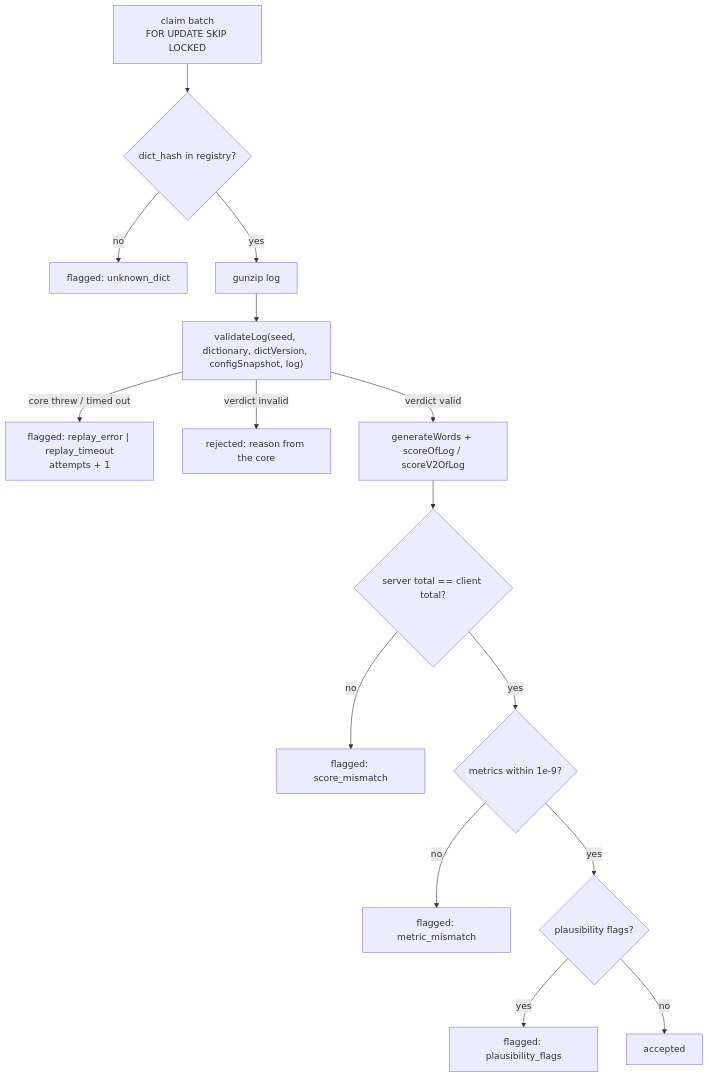
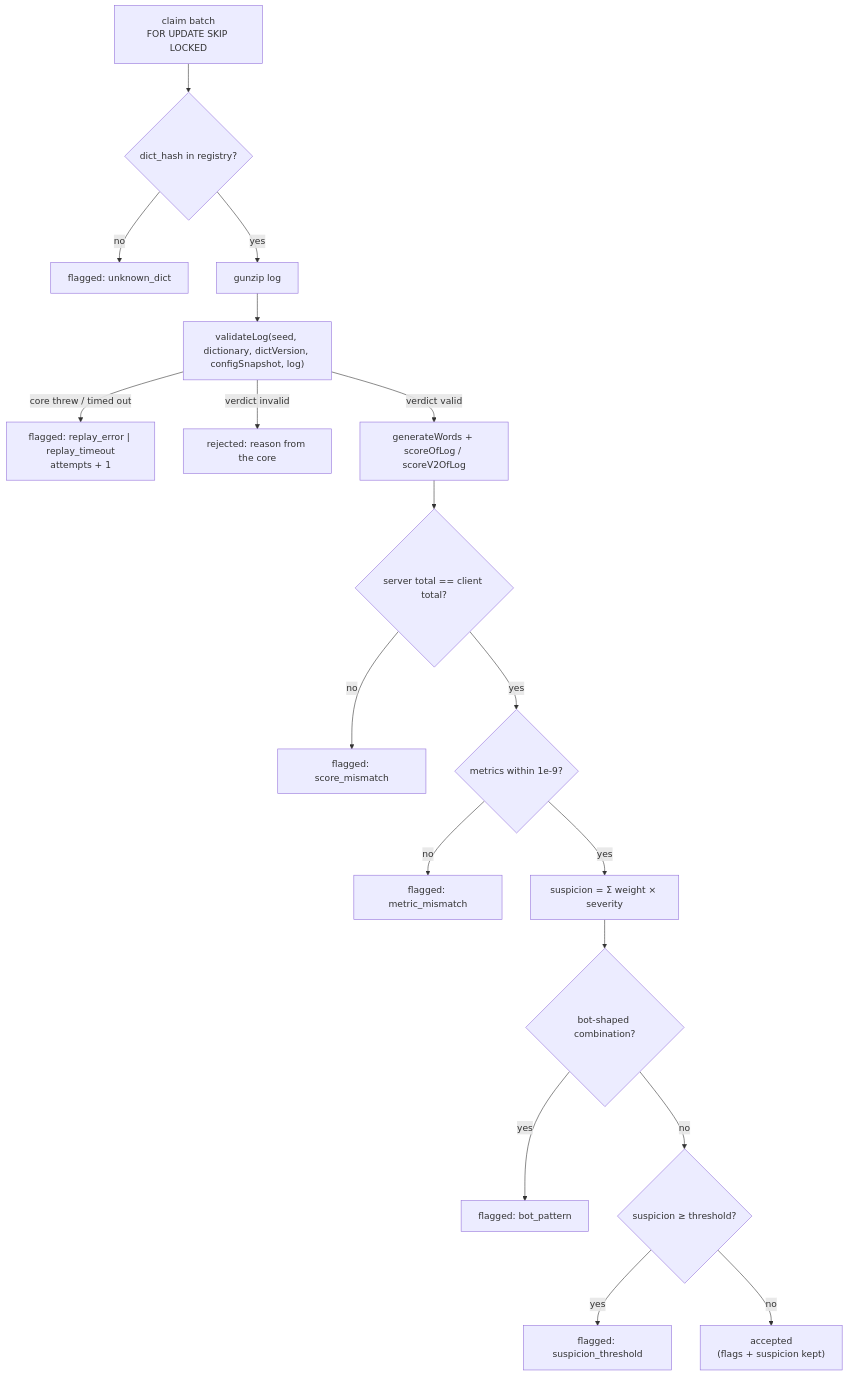
Before and after one commit to Eg0r0k/TypeMore_back: the diagram in docs/REPLAY.md, drawn with Mermaid. The commit also changed other lines of this file and 24 other files, not shown here.

````diff
--- a/docs/REPLAY.md
+++ b/docs/REPLAY.md
@@ -16,17 +16,20 @@
 ```mermaid
 flowchart TD
   A["claim batch<br/>FOR UPDATE SKIP LOCKED"] --> B{"dict_hash in registry?"}
   B -- no --> F1["flagged: unknown_dict"]
   B -- yes --> C["gunzip log"]
   C --> D["validateLog(seed, dictionary, dictVersion, configSnapshot, log)"]
   D -- "core threw / timed out" --> F2["flagged: replay_error | replay_timeout<br/>attempts + 1"]
   D -- "verdict invalid" --> R["rejected: reason from the core"]
   D -- "verdict valid" --> E["generateWords + scoreOfLog / scoreV2OfLog"]
   E --> G{"server total == client total?"}
   G -- no --> F3["flagged: score_mismatch"]
   G -- yes --> H{"metrics within 1e-9?"}
   H -- no --> F4["flagged: metric_mismatch"]
-  H -- yes --> I{"plausibility flags?"}
-  I -- yes --> F5["flagged: plausibility_flags"]
-  I -- no --> J["accepted"]
+  H -- yes --> P["suspicion = Σ weight × severity"]
+  P --> I{"bot-shaped combination?"}
+  I -- yes --> F5["flagged: bot_pattern"]
+  I -- no --> J{"suspicion ≥ threshold?"}
+  J -- yes --> F6["flagged: suspicion_threshold"]
+  J -- no --> K["accepted<br/>(flags + suspicion kept)"]
 ```
````
